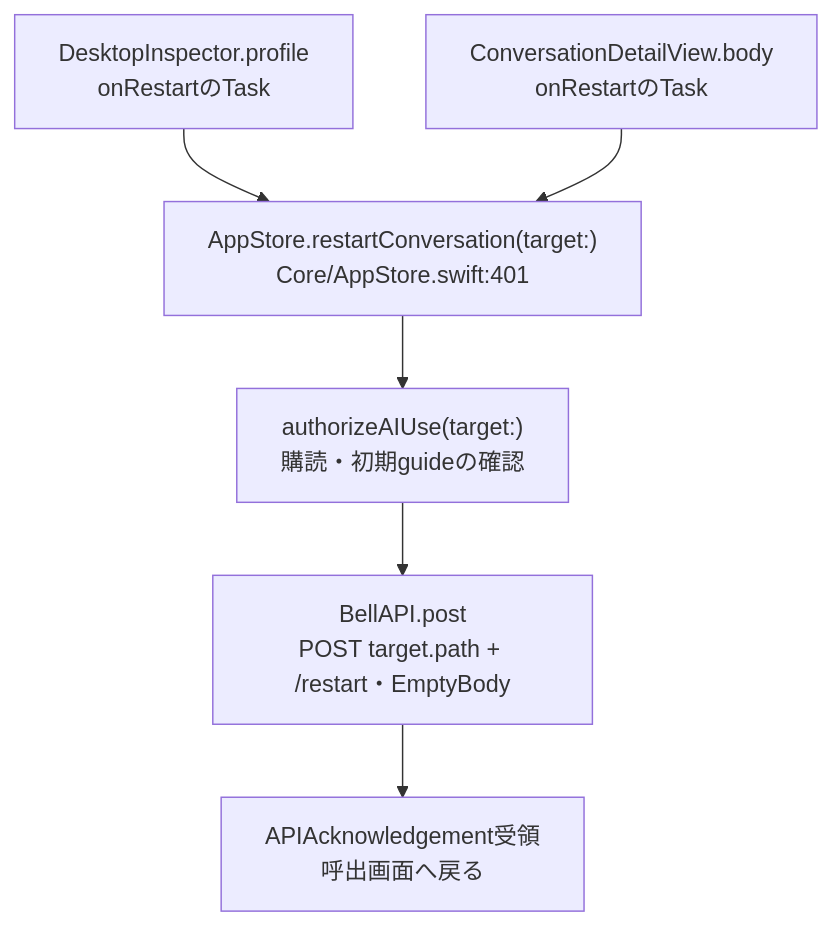
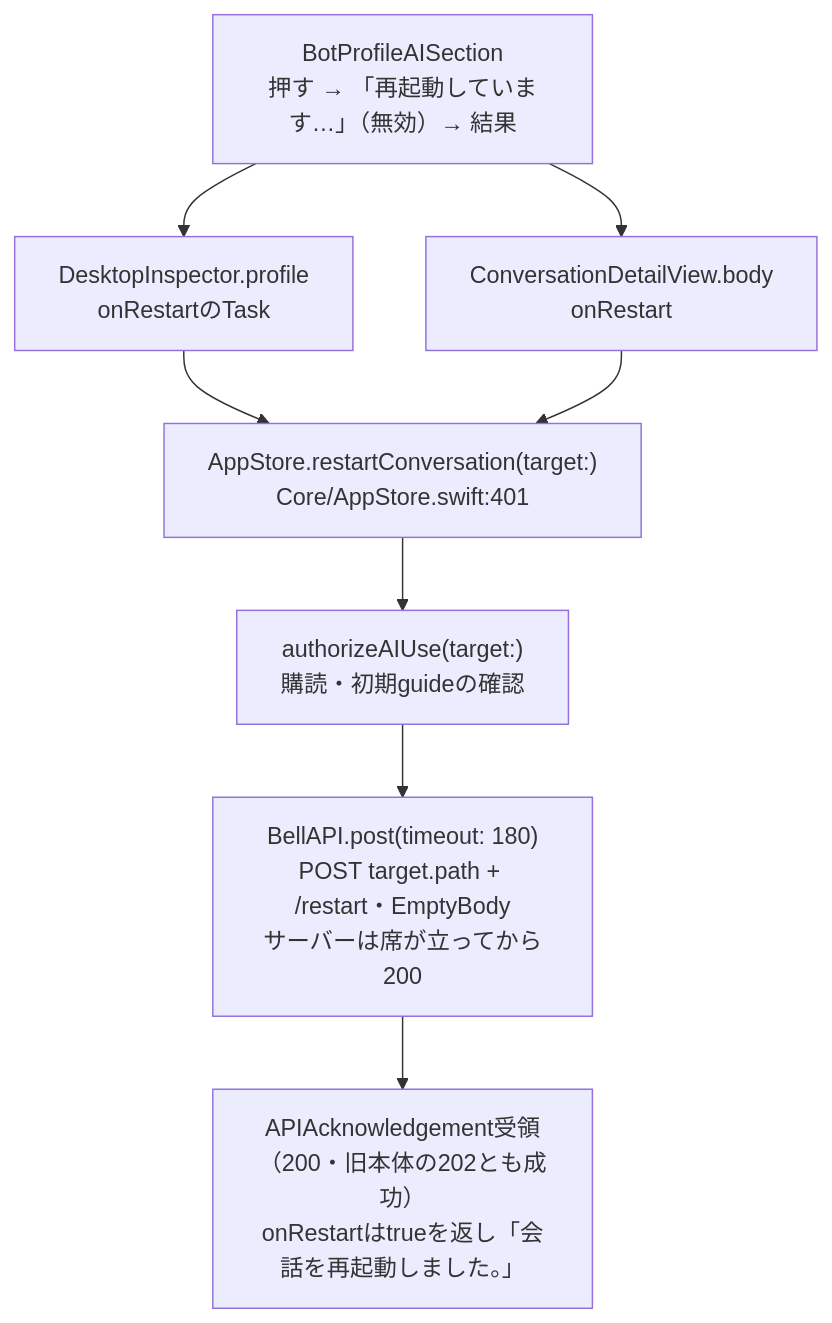
Before and after one commit to kitepon/BellTeam: the sixth of 6 diagrams in docs/architecture/modules/apple/settings-and-profile.md, drawn with Mermaid. The commit also changed other lines of this file and 10 other files, not shown here.

````diff
--- a/docs/architecture/modules/apple/settings-and-profile.md
+++ b/docs/architecture/modules/apple/settings-and-profile.md
@@ -178,8 +178,10 @@
 ```mermaid
 flowchart TD
   Desktop["DesktopInspector.profile<br/>onRestartのTask"] --> Restart["AppStore.restartConversation(target:)<br/>Core/AppStore.swift:401"]
-  Detail["ConversationDetailView.body<br/>onRestartのTask"] --> Restart
+  Detail["ConversationDetailView.body<br/>onRestart"] --> Restart
+  Section["BotProfileAISection<br/>押す → 「再起動しています…」（無効）→ 結果"] --> Desktop
+  Section --> Detail
   Restart --> Access["authorizeAIUse(target:)<br/>購読・初期guideの確認"]
-  Access --> Post["BellAPI.post<br/>POST target.path + /restart・EmptyBody"]
-  Post --> Ack["APIAcknowledgement受領<br/>呼出画面へ戻る"]
+  Access --> Post["BellAPI.post(timeout: 180)<br/>POST target.path + /restart・EmptyBody<br/>サーバーは席が立ってから200"]
+  Post --> Ack["APIAcknowledgement受領（200・旧本体の202とも成功）<br/>onRestartはtrueを返し「会話を再起動しました。」"]
 ```
````
